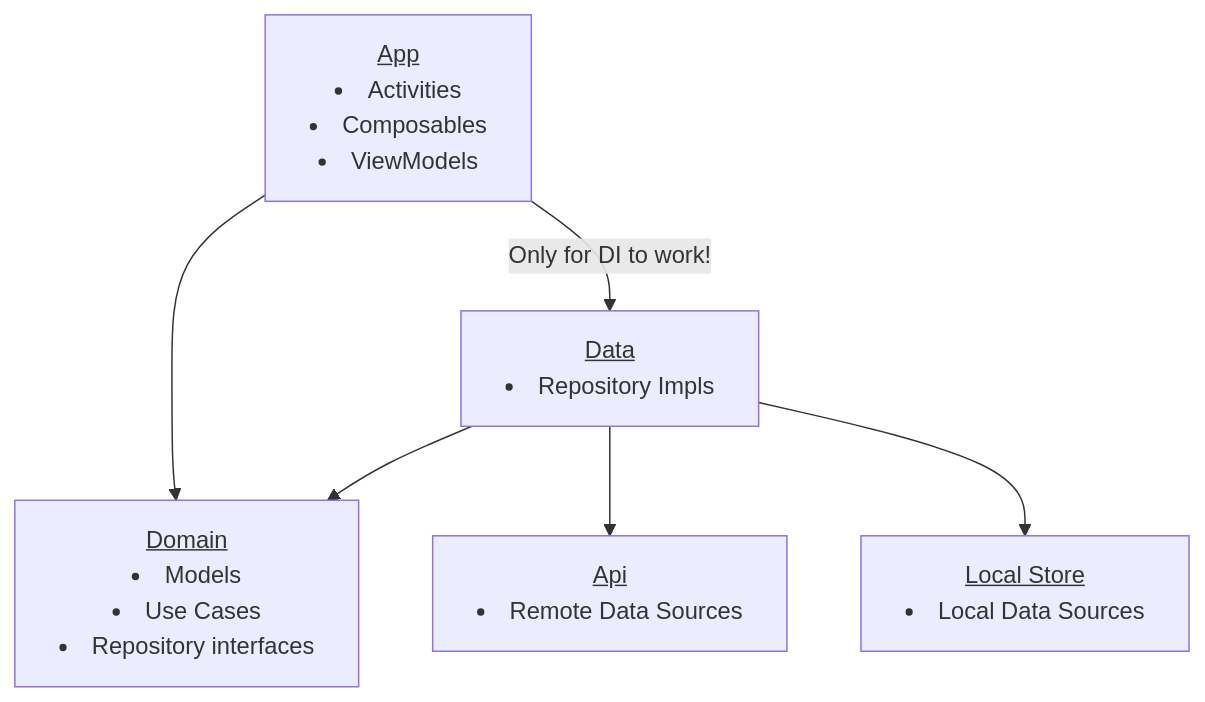
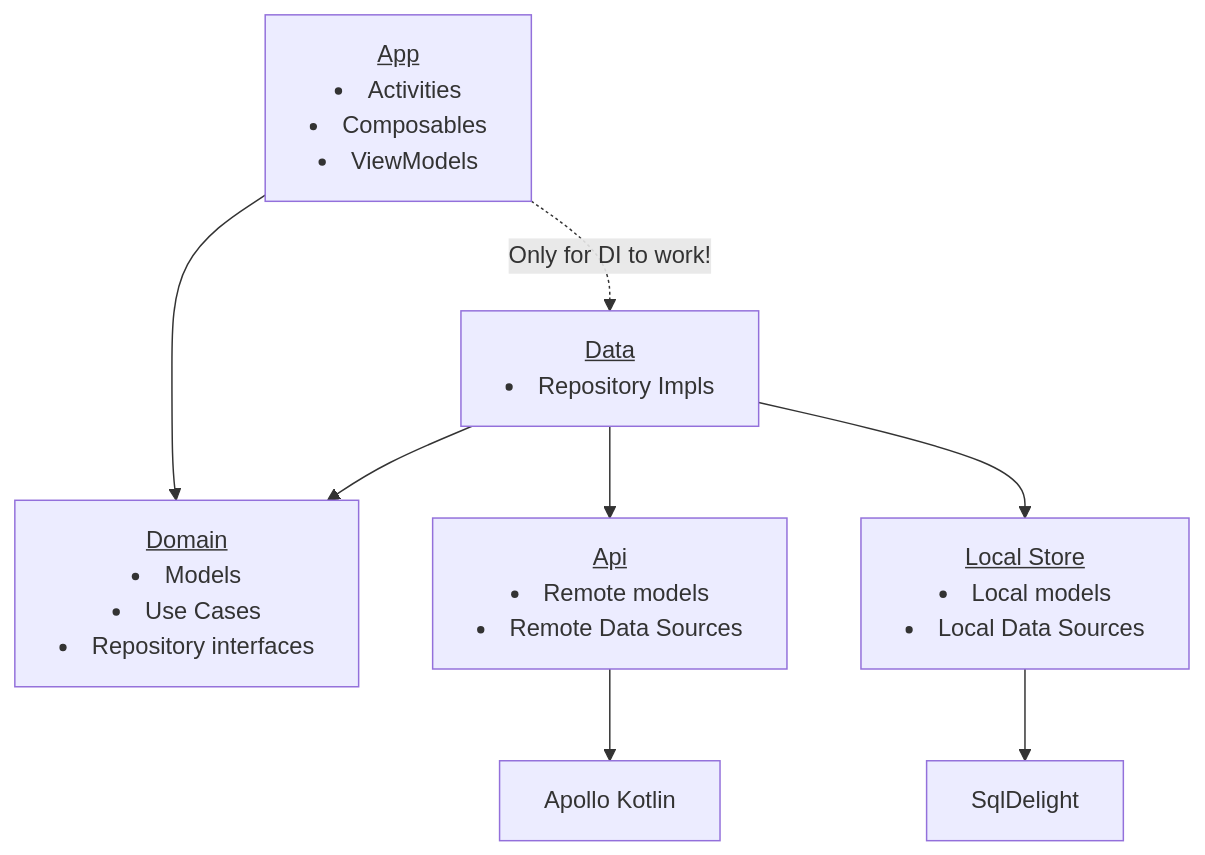
Before and after one commit to BoD/CineToday3: the diagram in README.md, drawn with Mermaid.

Commit message:
Update diagram

````diff
--- a/README.md
+++ b/README.md
@@ -5,11 +5,13 @@
 ```mermaid
 graph TD
     App[<u>App</u> <li>Activities <li>Composables <li>ViewModels] --> Domain
-    App -->|Only for DI to work!| Data
+    App -.->|Only for DI to work!| Data
     Domain[<u>Domain</u> <li>Models <li>Use Cases <li>Repository interfaces]
     Data[<u>Data</u> <li>Repository Impls] --> Domain
     Data --> Api
     Data --> LocalStore
-    Api[<u>Api</u> <li>Remote Data Sources]
-    LocalStore[<u>Local Store</u> <li>Local Data Sources]
+    Api[<u>Api</u> <li>Remote models <li>Remote Data Sources]
+    Api --> Apollo[Apollo Kotlin]
+    LocalStore[<u>Local Store</u> <li>Local models <li>Local Data Sources]
+    LocalStore --> SqlDelight
 ```
````
